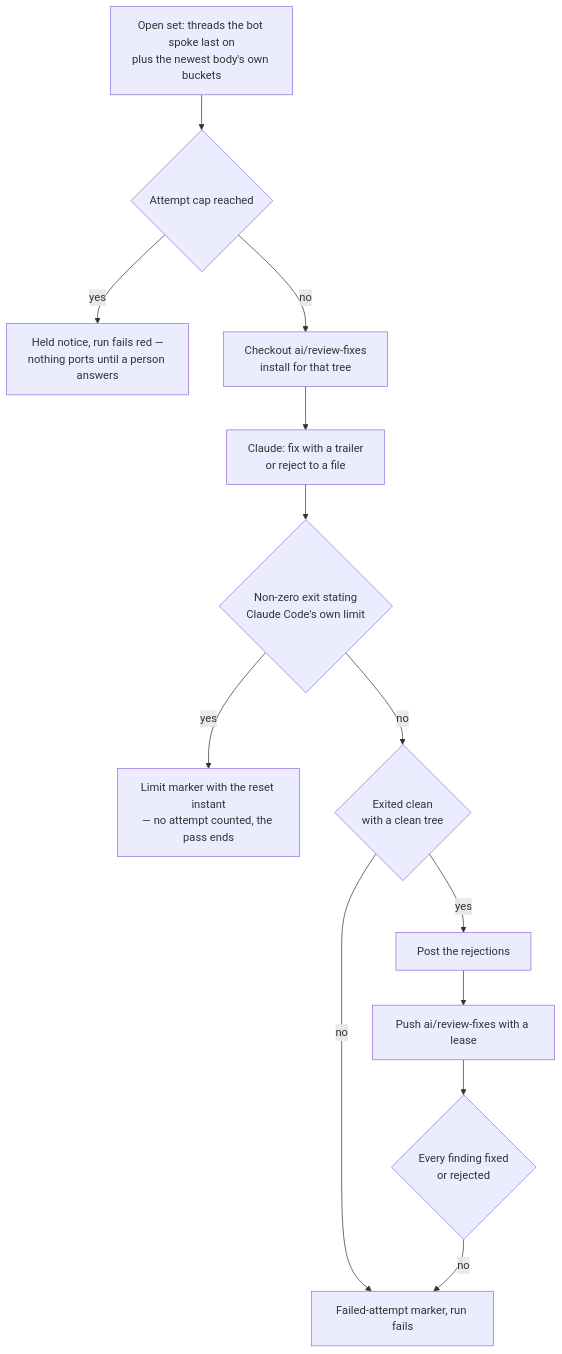
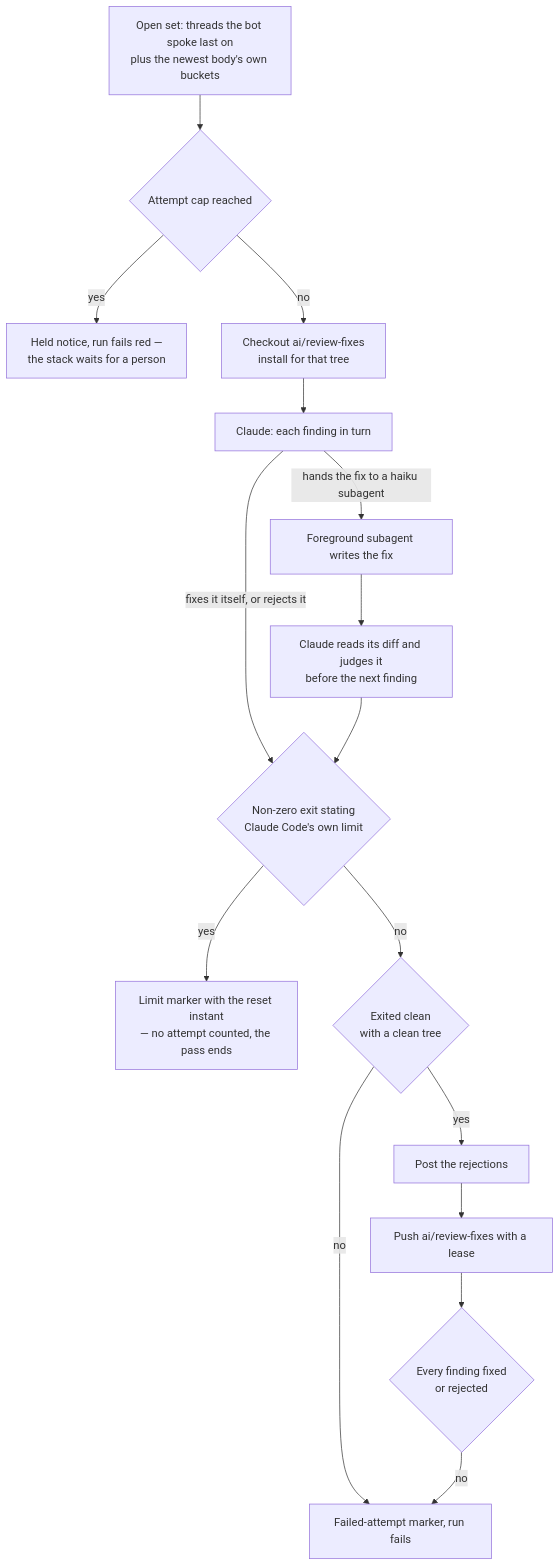
One commit to Esposter/Esposter changed the diagram in apps/web/content/docs/infra/review-collector/drain.md. Above: the diagram before and after it, drawn with Mermaid. The commit also changed other lines of this file and 10 other files, not shown here.

First line of the commit message:
docs(collector): the windows stack as review/<n> pull requests merged bottom up, with the stacking guard and the drain's foreground haiku fixers

````diff
--- a/apps/web/content/docs/infra/review-collector/drain.md
+++ b/apps/web/content/docs/infra/review-collector/drain.md
@@ -10,14 +10,16 @@
 ```mermaid
 flowchart TD
   O[Open set: threads the bot spoke last on<br/>plus the newest body's own buckets] --> Q{Attempt cap reached}
-  Q -->|yes| P[Held notice, run fails red —<br/>nothing ports until a person answers]
+  Q -->|yes| P[Held notice, run fails red —<br/>the stack waits for a person]
   Q -->|no| B[Checkout ai/review-fixes<br/>install for that tree]
-  B --> C[Claude: fix with a trailer<br/>or reject to a file]
-  C --> R{Non-zero exit stating<br/>Claude Code's own limit}
+  B --> C[Claude: each finding in turn]
+  C -->|fixes it itself, or rejects it| R{Non-zero exit stating<br/>Claude Code's own limit}
+  C -->|hands the fix to a haiku subagent| S[Foreground subagent writes the fix]
+  S --> J[Claude reads its diff and judges it<br/>before the next finding] --> R
   R -->|yes| M[Limit marker with the reset instant<br/>— no attempt counted, the pass ends]
   R -->|no| E{Exited clean<br/>with a clean tree}
   E -->|no| F[Failed-attempt marker, run fails]
   E -->|yes| V[Post the rejections] --> PU[Push ai/review-fixes with a lease]
   PU --> U{Every finding fixed<br/>or rejected}
   U -->|no| F
 ```
````
